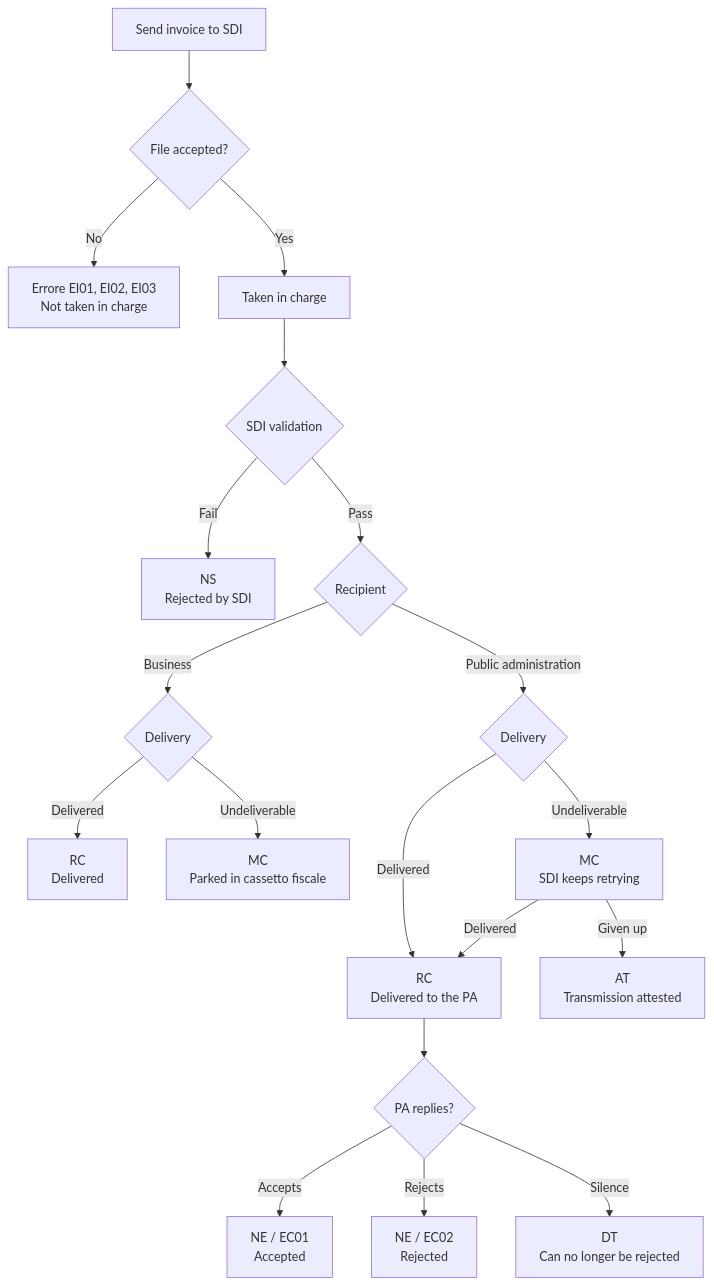
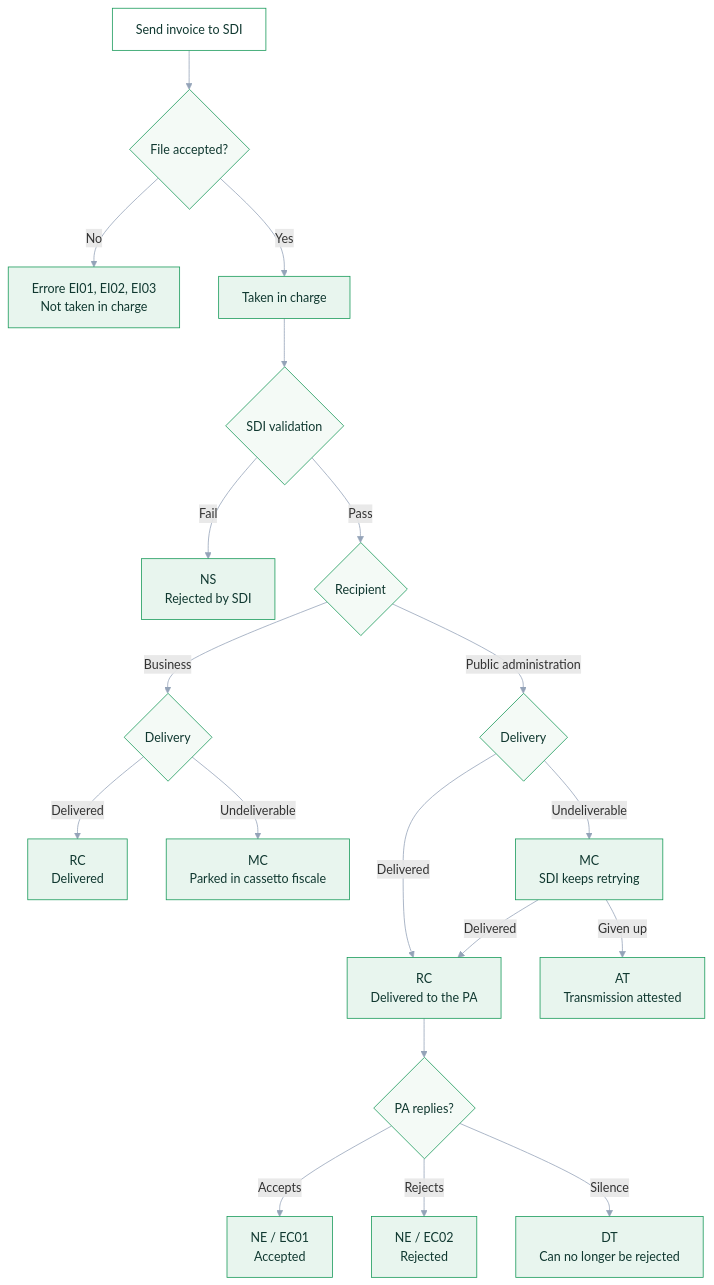
One commit to invopop/docs.invopop.com changed the diagram in guides/it-sdi-status.mdx. Above: the diagram before and after it, drawn with Mermaid. The commit also changed other lines of this file and 6 other files, not shown here.

````diff
--- a/guides/it-sdi-status.mdx
+++ b/guides/it-sdi-status.mdx
@@ -18,26 +18,38 @@
 ```mermaid
 flowchart TD
     A["Send invoice to SDI"] --> B{"File accepted?"}
     B -->|"No"| BF["Errore EI01, EI02, EI03<br/>Not taken in charge"]
     B -->|"Yes"| C["Taken in charge"]
 
     C --> VAL{"SDI validation"}
     VAL -->|"Fail"| SC["NS<br/>Rejected by SDI"]
     VAL -->|"Pass"| RT{"Recipient"}
 
     RT -->|"Business"| BDEL{"Delivery"}
     BDEL -->|"Delivered"| BRC["RC<br/>Delivered"]
     BDEL -->|"Undeliverable"| BMC["MC<br/>Parked in cassetto fiscale"]
 
     RT -->|"Public administration"| GDEL{"Delivery"}
     GDEL -->|"Delivered"| GRC["RC<br/>Delivered to the PA"]
     GDEL -->|"Undeliverable"| GMC["MC<br/>SDI keeps retrying"]
 
     GMC -->|"Delivered"| GRC
     GMC -->|"Given up"| GAT["AT<br/>Transmission attested"]
 
     GRC --> GPA{"PA replies?"}
     GPA -->|"Accepts"| GEC01["NE / EC01<br/>Accepted"]
     GPA -->|"Rejects"| GEC02["NE / EC02<br/>Rejected"]
     GPA -->|"Silence"| GDT["DT<br/>Can no longer be rejected"]
+
+    %% Invopop palette - skills/mermaid-style
+    classDef actor fill:#ffffff,stroke:#169958,stroke-width:1px,color:#103830
+    classDef system fill:#e8f5ee,stroke:#169958,stroke-width:1px,color:#103830
+    classDef authority fill:#169958,stroke:#0f7a45,stroke-width:1.5px,color:#ffffff
+    classDef decision fill:#f4faf6,stroke:#169958,stroke-width:1px,color:#103830
+    classDef muted fill:#f4f4f5,stroke:#9ca3af,stroke-width:1px,color:#4b5563
+    linkStyle default stroke:#94a3b8
+
+    class A actor
+    class C,BF,SC,BRC,BMC,GRC,GMC,GAT,GEC01,GEC02,GDT system
+    class B,VAL,RT,BDEL,GDEL,GPA decision
 ```
````
